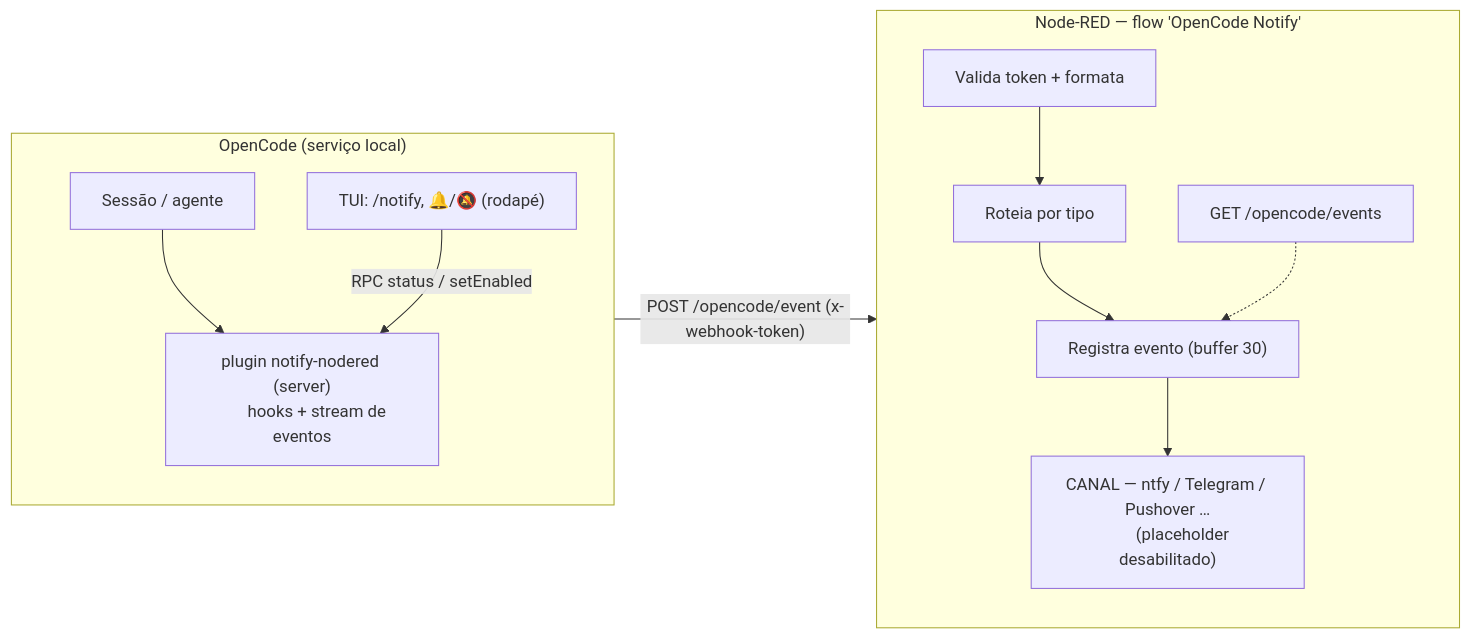
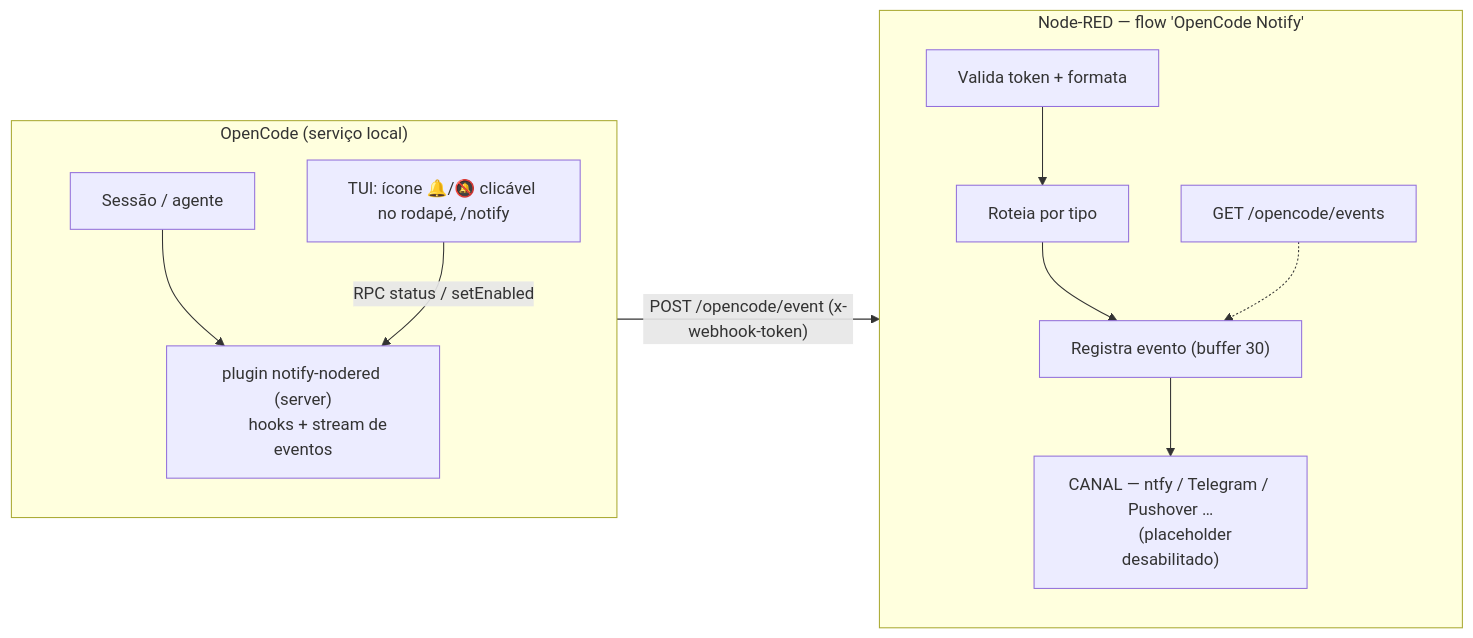
The first of 2 diagrams in docs/arquitetura.md (Brook-sys/notify-opencode), drawn with Mermaid before and after one commit. The commit also changed other lines of this file and 7 other files, not shown here.

````diff
--- a/docs/arquitetura.md
+++ b/docs/arquitetura.md
@@ -10,26 +10,26 @@
 ```mermaid
 flowchart LR
     subgraph OC["OpenCode (serviço local)"]
         direction TB
         S["Sessão / agente"]
         P["plugin notify-nodered (server)
         hooks + stream de eventos"]
-        T["TUI: /notify, 🔔/🔕 (rodapé)"]
+        T["TUI: ícone 🔔/🔕 clicável no rodapé, /notify"]
     end
 
     subgraph NR["Node-RED — flow 'OpenCode Notify'"]
         direction TB
         V["Valida token + formata"]
         SW["Roteia por tipo"]
         R["Registra evento (buffer 30)"]
         C["CANAL — ntfy / Telegram / Pushover …
         (placeholder desabilitado)"]
         E["GET /opencode/events"]
     end
 
     S --> P
     P -- "POST /opencode/event (x-webhook-token)" --> V
     V --> SW --> R --> C
     E -.-> R
     T -- "RPC status / setEnabled" --> P
 ```
````
